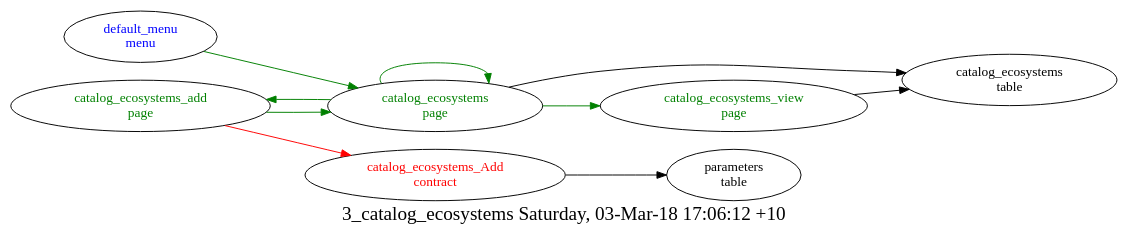
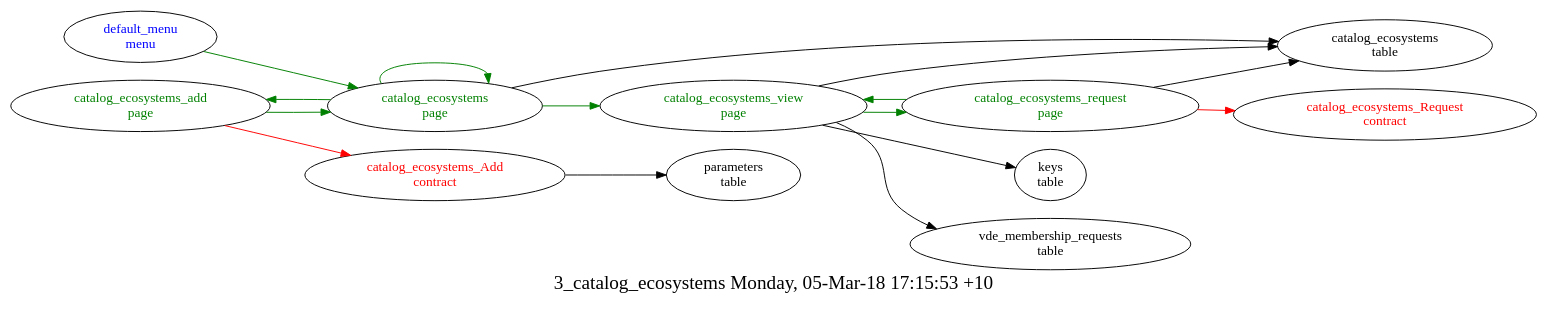
The diagram in src/basic/basic_main/3_catalog_ecosystems/struct.dot (AplaProject/apps), drawn with Graphviz before and after one commit. The commit also changed 70 other files, not shown here.

```diff
--- a/src/basic/basic_main/3_catalog_ecosystems/struct.dot
+++ b/src/basic/basic_main/3_catalog_ecosystems/struct.dot
@@ -1,20 +1,28 @@
 digraph G {
 fontsize="20.0";
-label="3_catalog_ecosystems Saturday, 03-Mar-18 17:06:12 +10";
+label="3_catalog_ecosystems Monday, 05-Mar-18 17:15:53 +10";
 rankdir=LR;
 "catalog_ecosystems_Add\ncontract" -> "parameters\ntable"
 "catalog_ecosystems_Add\ncontract" [fontcolor=red, group=contracts];
+"catalog_ecosystems_Request\ncontract" [fontcolor=red, group=contracts];
 "default_menu\nmenu" -> "catalog_ecosystems\npage"  [ color=green ]
 "default_menu\nmenu" [fontcolor=blue, group=menus];
 "catalog_ecosystems\npage" -> "catalog_ecosystems\ntable"
 "catalog_ecosystems\npage" -> "catalog_ecosystems\npage"  [ color=green ]
 "catalog_ecosystems\npage" -> "catalog_ecosystems_view\npage"  [ color=green ]
 "catalog_ecosystems\npage" -> "catalog_ecosystems_add\npage"  [ color=green ]
 "catalog_ecosystems\npage" [fontcolor=green, group=pages];
 "catalog_ecosystems_add\npage" -> "catalog_ecosystems_Add\ncontract"  [ color=red ]
 "catalog_ecosystems_add\npage" -> "catalog_ecosystems\npage"  [ color=green ]
 "catalog_ecosystems_add\npage" [fontcolor=green, group=pages];
+"catalog_ecosystems_request\npage" -> "catalog_ecosystems_Request\ncontract"  [ color=red ]
+"catalog_ecosystems_request\npage" -> "catalog_ecosystems\ntable"
+"catalog_ecosystems_request\npage" -> "catalog_ecosystems_view\npage"  [ color=green ]
+"catalog_ecosystems_request\npage" [fontcolor=green, group=pages];
 "catalog_ecosystems_view\npage" -> "catalog_ecosystems\ntable"
+"catalog_ecosystems_view\npage" -> "keys\ntable"
+"catalog_ecosystems_view\npage" -> "vde_membership_requests\ntable"
+"catalog_ecosystems_view\npage" -> "catalog_ecosystems_request\npage"  [ color=green ]
 "catalog_ecosystems_view\npage" [fontcolor=green, group=pages];
 "catalog_ecosystems\ntable" [group=tables];
 }
```
